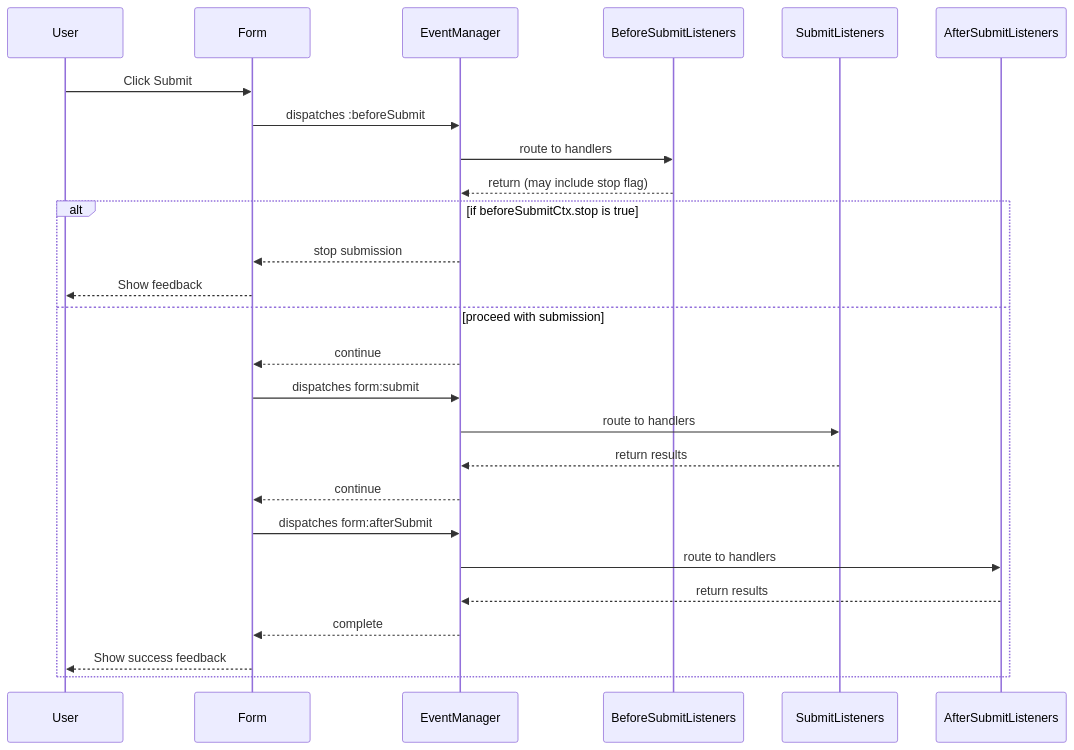
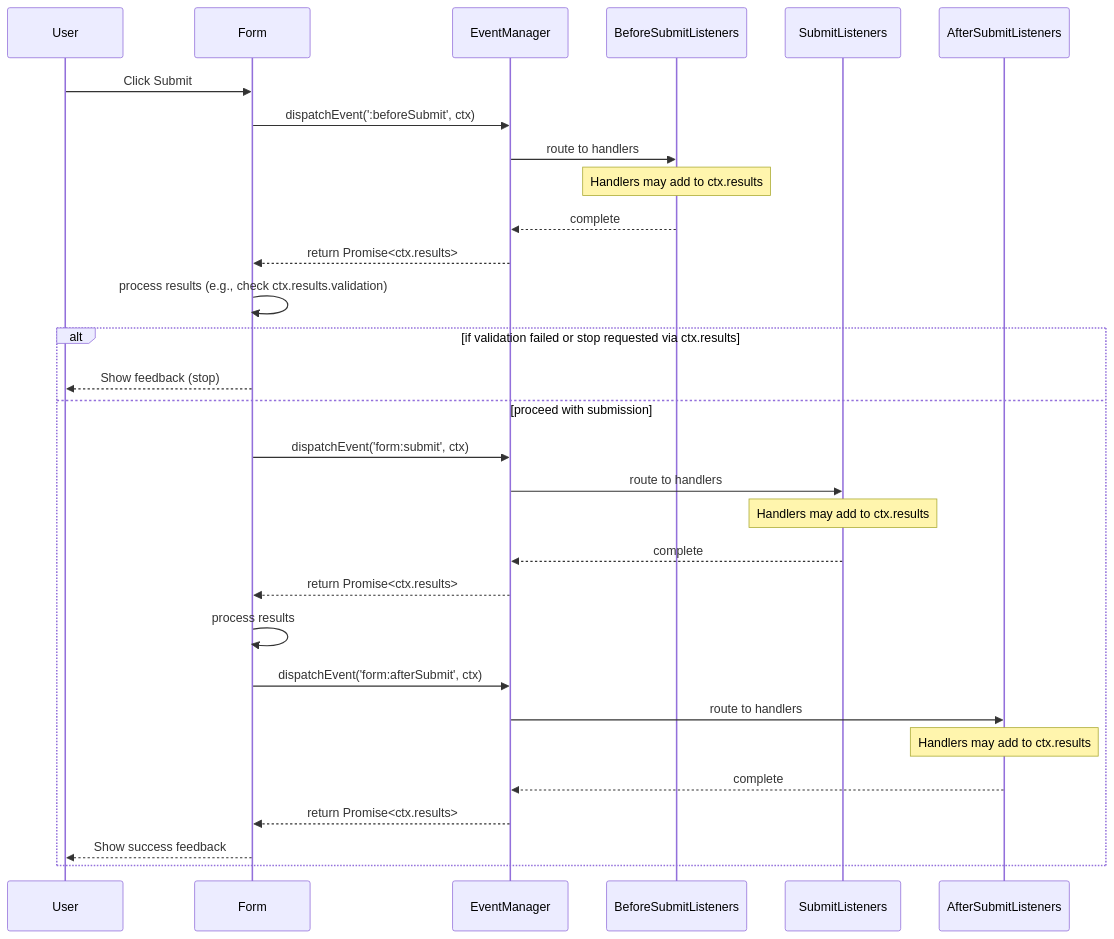
The fourth of 6 diagrams in packages/plugins/@nocobase/plugin-event-filter-system/design.md (nocobase/nocobase), drawn with Mermaid before and after one commit. The commit also changed other lines of this file, not shown here.

Commit message:
docs: update EventContext and

````diff
--- a/packages/plugins/@nocobase/plugin-event-filter-system/design.md
+++ b/packages/plugins/@nocobase/plugin-event-filter-system/design.md
@@ -471,29 +498,33 @@
 ```mermaid
 sequenceDiagram
     participant User
     participant Form
     participant EventManager
     participant BeforeSubmitListeners
     participant SubmitListeners
     participant AfterSubmitListeners
 
     User->>Form: Click Submit
-    Form->>EventManager: dispatches :beforeSubmit
+    Form->>EventManager: dispatchEvent(':beforeSubmit', ctx)
     EventManager->>BeforeSubmitListeners: route to handlers
-    BeforeSubmitListeners-->>EventManager: return (may include stop flag)
-    alt if beforeSubmitCtx.stop is true
-        EventManager-->>Form: stop submission
-        Form-->>User: Show feedback
+    Note over BeforeSubmitListeners: Handlers may add to ctx.results
+    BeforeSubmitListeners-->>EventManager: complete
+    EventManager-->>Form: return Promise<ctx.results>
+    Form->>Form: process results (e.g., check ctx.results.validation)
+    alt if validation failed or stop requested via ctx.results
+        Form-->>User: Show feedback (stop)
     else proceed with submission
-        EventManager-->>Form: continue
-        Form->>EventManager: dispatches form:submit
+        Form->>EventManager: dispatchEvent('form:submit', ctx)
         EventManager->>SubmitListeners: route to handlers
-        SubmitListeners-->>EventManager: return results
-        EventManager-->>Form: continue
-        Form->>EventManager: dispatches form:afterSubmit
+        Note over SubmitListeners: Handlers may add to ctx.results
+        SubmitListeners-->>EventManager: complete
+        EventManager-->>Form: return Promise<ctx.results>
+        Form->>Form: process results
+        Form->>EventManager: dispatchEvent('form:afterSubmit', ctx)
         EventManager->>AfterSubmitListeners: route to handlers
-        AfterSubmitListeners-->>EventManager: return results
-        EventManager-->>Form: complete
+        Note over AfterSubmitListeners: Handlers may add to ctx.results
+        AfterSubmitListeners-->>EventManager: complete
+        EventManager-->>Form: return Promise<ctx.results>
         Form-->>User: Show success feedback
     end
 ```
````
